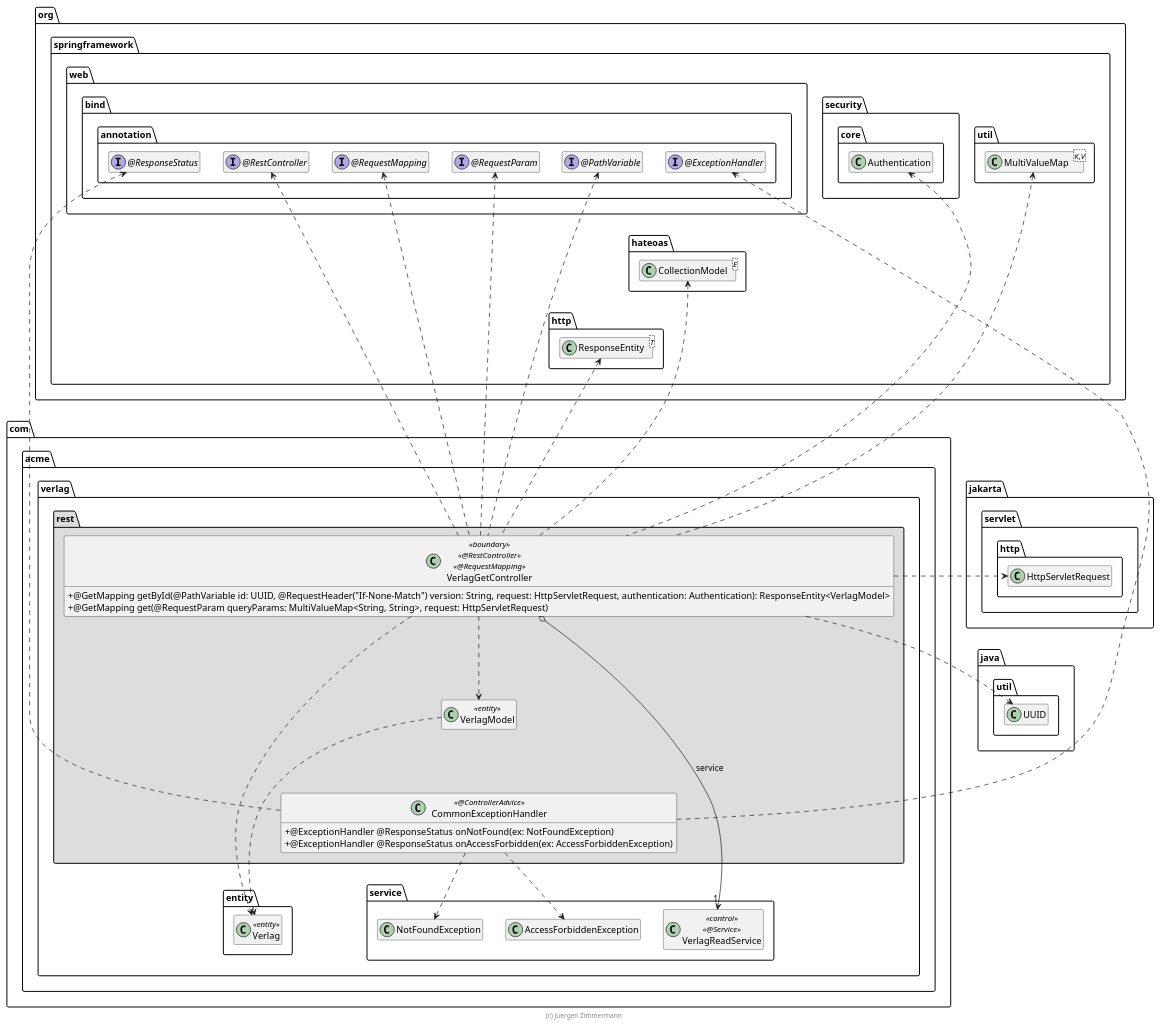
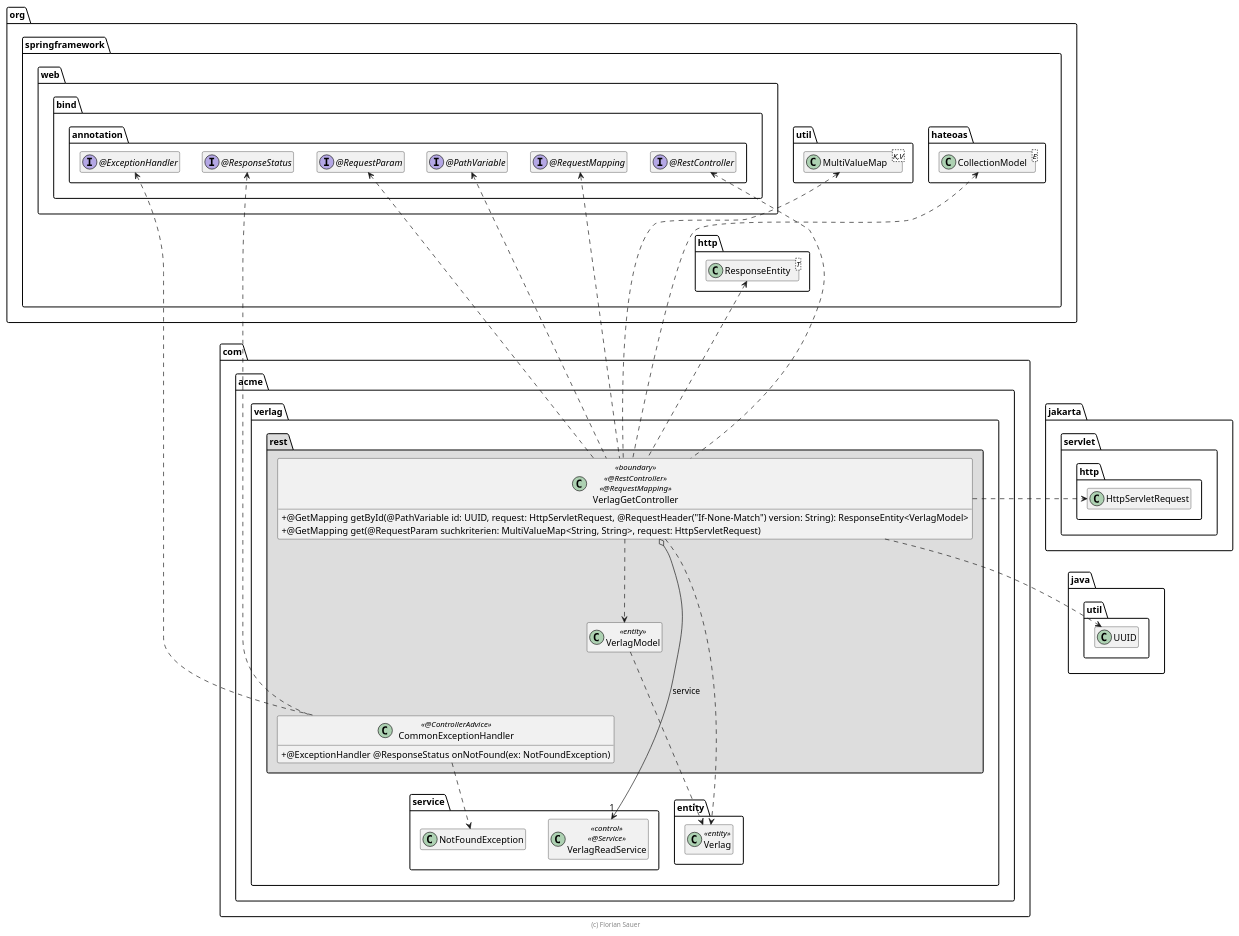
The diagram in extras/doc/VerlagGetController.plantuml (flomanuel/Software_Architecture_Course_Verlag), drawn with PlantUML before and after one commit. The commit also changed other lines of this file and 8 other files, not shown here.

First line of the commit message:
PlantUML: add file for entities, Services, finish ER-Diagramm- and Controller-Files

```diff
--- a/extras/doc/VerlagGetController.plantuml
+++ b/extras/doc/VerlagGetController.plantuml
@@ -15,104 +19,95 @@
 @startuml VerlagHandler
 
 skinparam classAttributeIconSize 0
 
 package jakarta.servlet.http {
     class HttpServletRequest
 }
 
 package org.springframework {
     package web.bind.annotation {
         interface "@RestController" as RestController
         interface "@RequestMapping" as RequestMapping
         interface "@PathVariable" as PathVariable
         interface "@RequestParam" as RequestParam
         interface "@ExceptionHandler" as ExceptionHandler
         interface "@ResponseStatus" as ResponseStatus
 
         RequestMapping .left[hidden].> RestController
     }
 
     package http {
         class ResponseEntity<T>
     }
     package hateoas {
         class CollectionModel<E>
     }
-    package security.core {
-        class Authentication
-    }
     package util {
         class MultiValueMap<K,V>
     }
 
-    CollectionModel .up[hidden].> Authentication
     ResponseEntity .up[hidden].> CollectionModel
 }
 
 package java.util {
     class UUID
 
     UUID .up[hidden].> HttpServletRequest
 }
 
 package com.acme.verlag {
     package entity {
         class Verlag << entity >>
     }
 
     package service {
         class VerlagReadService << control >> << @Service >>
         class NotFoundException
-        class AccessForbiddenException
 
         VerlagReadService .right[hidden].> NotFoundException
-        NotFoundException .right[hidden].> AccessForbiddenException
     }
 
     package rest #DDDDDD {
         class VerlagModel <<entity>>
 
         class VerlagGetController << boundary >> << @RestController >> << @RequestMapping >> {
-            + @GetMapping getById(@PathVariable id: UUID, @RequestHeader("If-None-Match") version: String, request: HttpServletRequest, authentication: Authentication): ResponseEntity<VerlagModel>
-            + @GetMapping get(@RequestParam queryParams: MultiValueMap<String, String>, request: HttpServletRequest)
+            + @GetMapping getById(@PathVariable id: UUID, request: HttpServletRequest, @RequestHeader("If-None-Match") version: String): ResponseEntity<VerlagModel>
+            + @GetMapping get(@RequestParam suchkriterien: MultiValueMap<String, String>, request: HttpServletRequest)
         }
 
         class CommonExceptionHandler << @ControllerAdvice >> {
             + @ExceptionHandler @ResponseStatus onNotFound(ex: NotFoundException)
-            + @ExceptionHandler @ResponseStatus onAccessForbidden(ex: AccessForbiddenException)
         }
 
         VerlagGetController o-right-> "1" VerlagReadService : service
         VerlagGetController ..> VerlagModel
         VerlagGetController ..> Verlag
 
         VerlagGetController .up.> CollectionModel
         VerlagGetController .right.> HttpServletRequest
         VerlagGetController .up.> MultiValueMap
-        VerlagGetController .up.> Authentication
         VerlagGetController .up.> ResponseEntity
 
         VerlagGetController .up.> RestController
         VerlagGetController .up.> RequestMapping
         VerlagGetController .up.> PathVariable
         VerlagGetController .up.> RequestParam
 
         CommonExceptionHandler .up.> ExceptionHandler
         CommonExceptionHandler .up.> ResponseStatus
         CommonExceptionHandler ..> NotFoundException
-        CommonExceptionHandler ..> AccessForbiddenException
         CommonExceptionHandler .up[hidden].> VerlagModel
         CommonExceptionHandler .[hidden].> Verlag
 
         VerlagGetController .right.> UUID
 
         VerlagModel ..> Verlag
         VerlagModel .[hidden].> VerlagReadService
     }
 }
 
 hide empty members
 
-footer (c) Juergen Zimmermann
+footer (c) Florian Sauer
 
 @enduml
```
